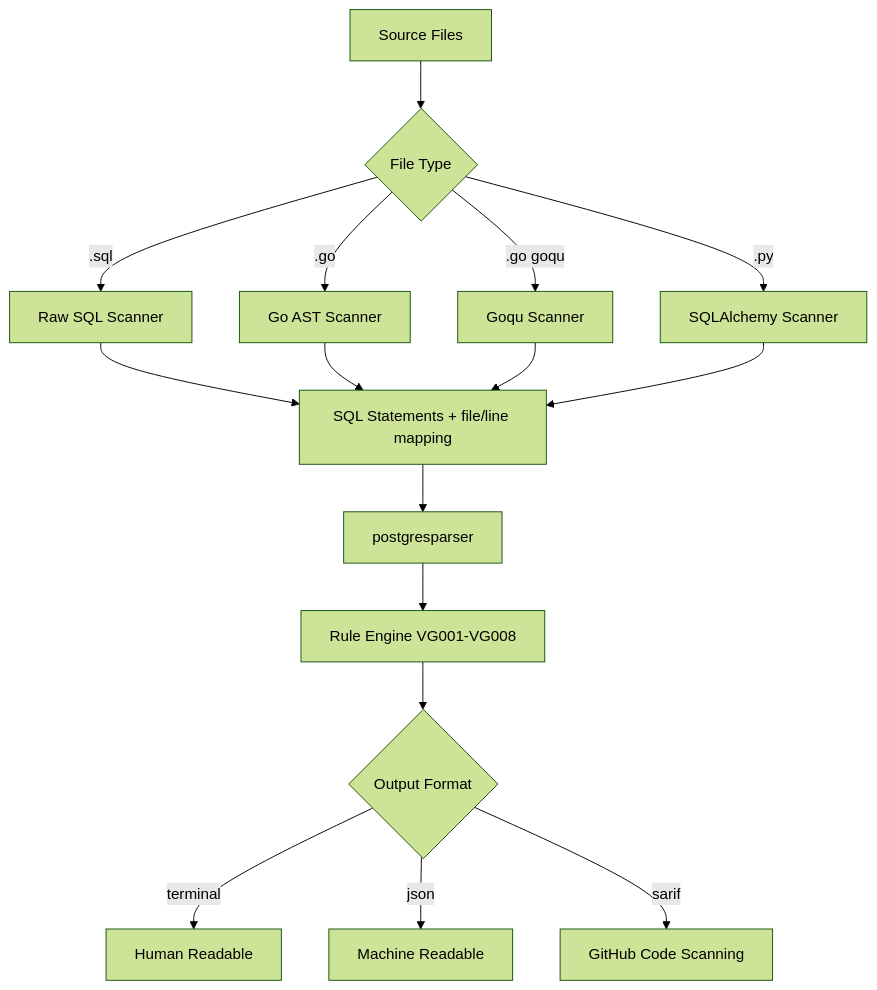
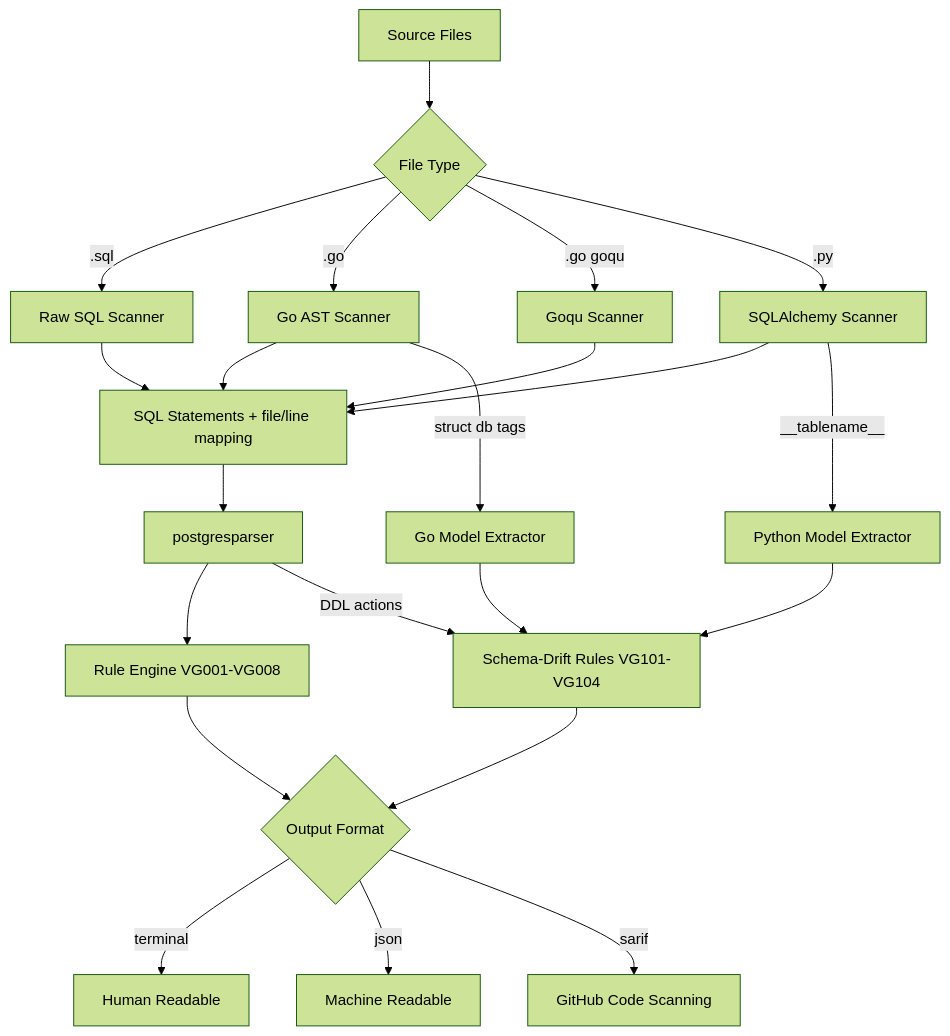
One commit to ValkDB/valk-guard changed the diagram in README.md. Above: the diagram before and after it, drawn with Mermaid (forest theme). The commit also changed other lines of this file and 17 other files, not shown here.

````diff
--- a/README.md
+++ b/README.md
@@ -200,20 +209,27 @@
 ```mermaid
 graph TD
     A[Source Files] --> B{File Type}
     B -->|.sql| C[Raw SQL Scanner]
     B -->|.go| D[Go AST Scanner]
     B -->|.go goqu| E[Goqu Scanner]
     B -->|.py| F[SQLAlchemy Scanner]
 
     C --> G[SQL Statements + file/line mapping]
     D --> G
     E --> G
     F --> G
 
     G --> H[postgresparser]
     H --> I[Rule Engine VG001-VG008]
+
+    D -->|struct db tags| N[Go Model Extractor]
+    F -->|__tablename__| O[Python Model Extractor]
+    N --> P[Schema-Drift Rules VG101-VG104]
+    O --> P
+    H -->|DDL actions| P
+    P --> J
     I --> J{Output Format}
     J -->|terminal| K[Human Readable]
     J -->|json| L[Machine Readable]
     J -->|sarif| M[GitHub Code Scanning]
 ```
````
